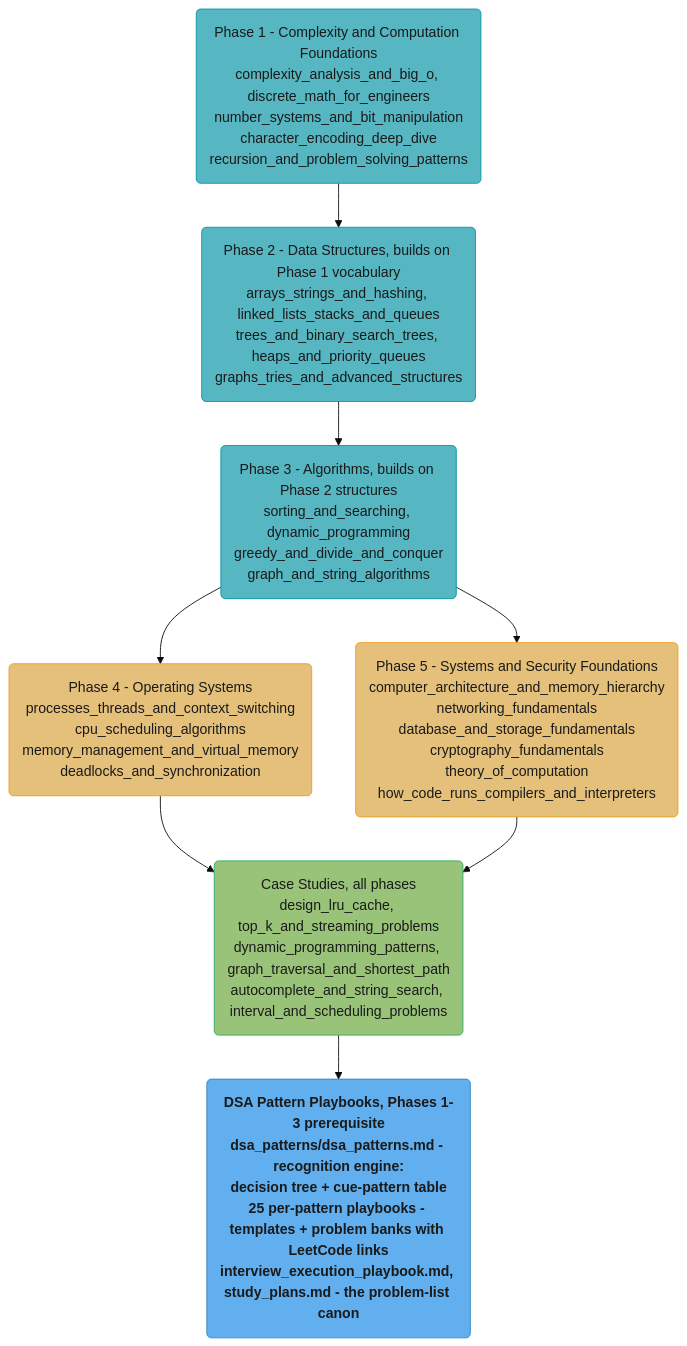
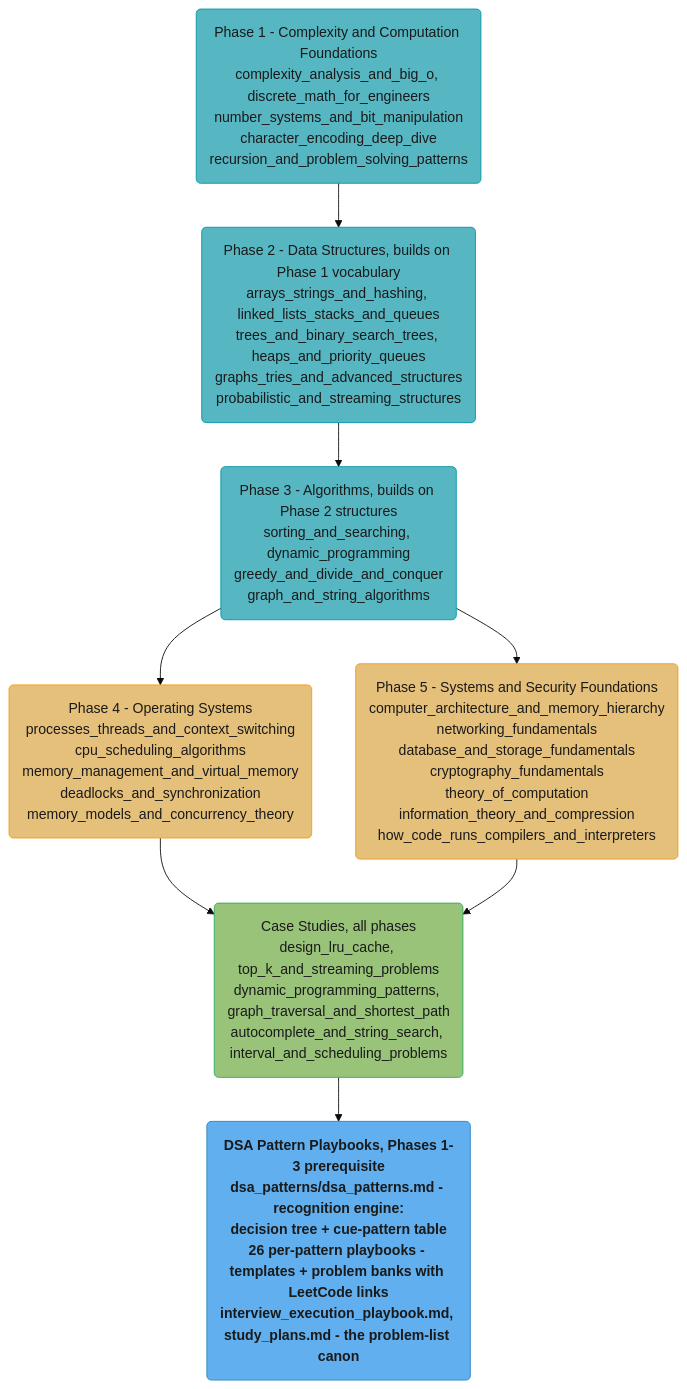
Before and after one commit to rppol/system-design: the diagram in src/main/java/com/rutik/systemdesign/cs_fundamentals/README.md, drawn with Mermaid (base theme). The commit also changed other lines of this file and 655 other files, not shown here.

````diff
--- a/src/main/java/com/rutik/systemdesign/cs_fundamentals/README.md
+++ b/src/main/java/com/rutik/systemdesign/cs_fundamentals/README.md
@@ -99,30 +101,30 @@
 ```mermaid
 flowchart TD
     classDef io      fill:#61afef,stroke:#2e86c1,color:#1a1a1a,font-weight:bold
     classDef frozen  fill:#c678dd,stroke:#9b59b6,color:#fff
     classDef train   fill:#98c379,stroke:#27ae60,color:#1a1a1a
     classDef mathOp  fill:#d19a66,stroke:#e67e22,color:#1a1a1a,font-weight:bold
     classDef lossN   fill:#e06c75,stroke:#c0392b,color:#fff,font-weight:bold
     classDef req     fill:#56b6c2,stroke:#0097a7,color:#1a1a1a
     classDef base    fill:#e5c07b,stroke:#f39c12,color:#1a1a1a
 
     p1("Phase 1 - Complexity and Computation Foundations<br/>complexity_analysis_and_big_o, discrete_math_for_engineers<br/>number_systems_and_bit_manipulation<br/>character_encoding_deep_dive<br/>recursion_and_problem_solving_patterns")
-    p2("Phase 2 - Data Structures, builds on Phase 1 vocabulary<br/>arrays_strings_and_hashing, linked_lists_stacks_and_queues<br/>trees_and_binary_search_trees, heaps_and_priority_queues<br/>graphs_tries_and_advanced_structures")
+    p2("Phase 2 - Data Structures, builds on Phase 1 vocabulary<br/>arrays_strings_and_hashing, linked_lists_stacks_and_queues<br/>trees_and_binary_search_trees, heaps_and_priority_queues<br/>graphs_tries_and_advanced_structures<br/>probabilistic_and_streaming_structures")
     p3("Phase 3 - Algorithms, builds on Phase 2 structures<br/>sorting_and_searching, dynamic_programming<br/>greedy_and_divide_and_conquer<br/>graph_and_string_algorithms")
-    p4("Phase 4 - Operating Systems<br/>processes_threads_and_context_switching<br/>cpu_scheduling_algorithms<br/>memory_management_and_virtual_memory<br/>deadlocks_and_synchronization")
-    p5("Phase 5 - Systems and Security Foundations<br/>computer_architecture_and_memory_hierarchy<br/>networking_fundamentals<br/>database_and_storage_fundamentals<br/>cryptography_fundamentals<br/>theory_of_computation<br/>how_code_runs_compilers_and_interpreters")
+    p4("Phase 4 - Operating Systems<br/>processes_threads_and_context_switching<br/>cpu_scheduling_algorithms<br/>memory_management_and_virtual_memory<br/>deadlocks_and_synchronization<br/>memory_models_and_concurrency_theory")
+    p5("Phase 5 - Systems and Security Foundations<br/>computer_architecture_and_memory_hierarchy<br/>networking_fundamentals<br/>database_and_storage_fundamentals<br/>cryptography_fundamentals<br/>theory_of_computation<br/>information_theory_and_compression<br/>how_code_runs_compilers_and_interpreters")
     cs("Case Studies, all phases<br/>design_lru_cache, top_k_and_streaming_problems<br/>dynamic_programming_patterns, graph_traversal_and_shortest_path<br/>autocomplete_and_string_search, interval_and_scheduling_problems")
-    dsap("DSA Pattern Playbooks, Phases 1-3 prerequisite<br/>dsa_patterns/dsa_patterns.md - recognition engine:<br/>decision tree + cue-pattern table<br/>25 per-pattern playbooks - templates + problem banks with LeetCode links<br/>interview_execution_playbook.md, study_plans.md - the problem-list canon")
+    dsap("DSA Pattern Playbooks, Phases 1-3 prerequisite<br/>dsa_patterns/dsa_patterns.md - recognition engine:<br/>decision tree + cue-pattern table<br/>26 per-pattern playbooks - templates + problem banks with LeetCode links<br/>interview_execution_playbook.md, study_plans.md - the problem-list canon")
 
     p1 --> p2 --> p3
     p3 --> p4
     p3 --> p5
     p4 --> cs
     p5 --> cs
     cs --> dsap
 
     class p1,p2,p3 req
     class p4,p5 base
     class cs train
     class dsap io
 ```
````
